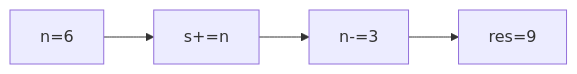
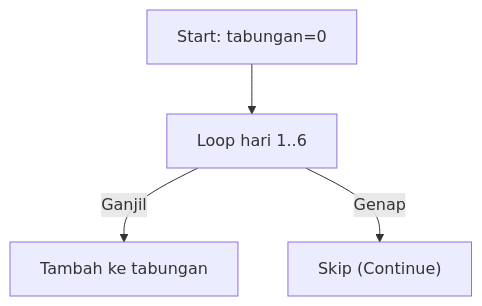
Before and after one commit to amnahwaida/OSNK_INF_PREP: the second of 25 diagrams in part-c-pemahaman-cpp/03-perulangan/latihan/set-04.md, drawn with Mermaid. The commit also changed other lines of this file and 71 other files, not shown here.

````diff
--- a/part-c-pemahaman-cpp/03-perulangan/latihan/set-04.md
+++ b/part-c-pemahaman-cpp/03-perulangan/latihan/set-04.md
@@ -48,6 +56,6 @@
 ```mermaid
-graph LR
-A["n=6"] --> B["s+=n"]
-B --> C["n-=3"]
-C --> D["res=9"]
+graph TD
+A["Start: tabungan=0"] --> B["Loop hari 1..6"]
+B -- Ganjil --> C["Tambah ke tabungan"]
+B -- Genap --> D["Skip (Continue)"]
 ```
````
